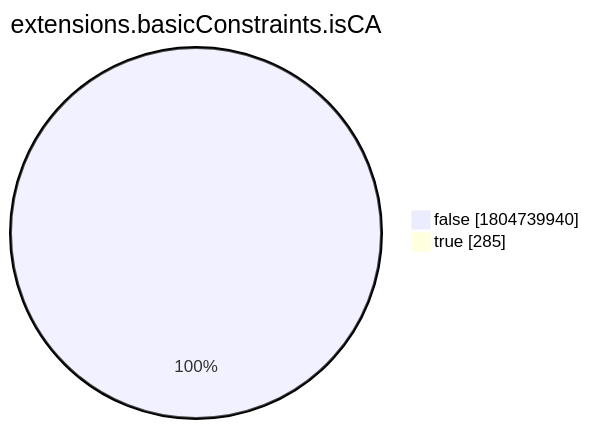
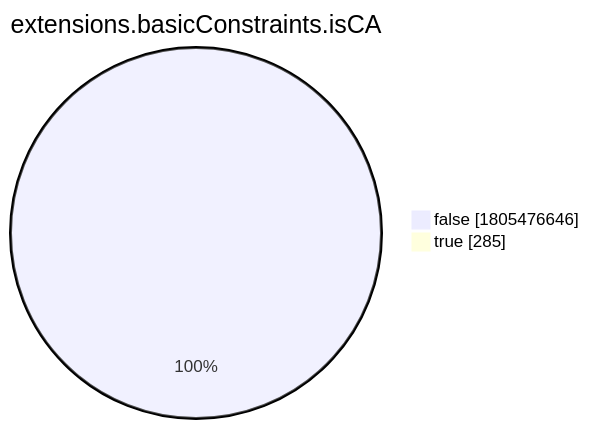
The eighth of 15 diagrams in xenon2022/README.md (christiankrug/ctmonitor_visualization), drawn with Mermaid before and after one commit. The commit also changed other lines of this file, not shown here.

````diff
--- a/xenon2022/README.md
+++ b/xenon2022/README.md
@@ -2868,6 +2868,6 @@
 ```mermaid
 pie showData
 title extensions.basicConstraints.isCA
-"false" :1804739940
+"false" :1805476646
 "true" :285
 ```
````
